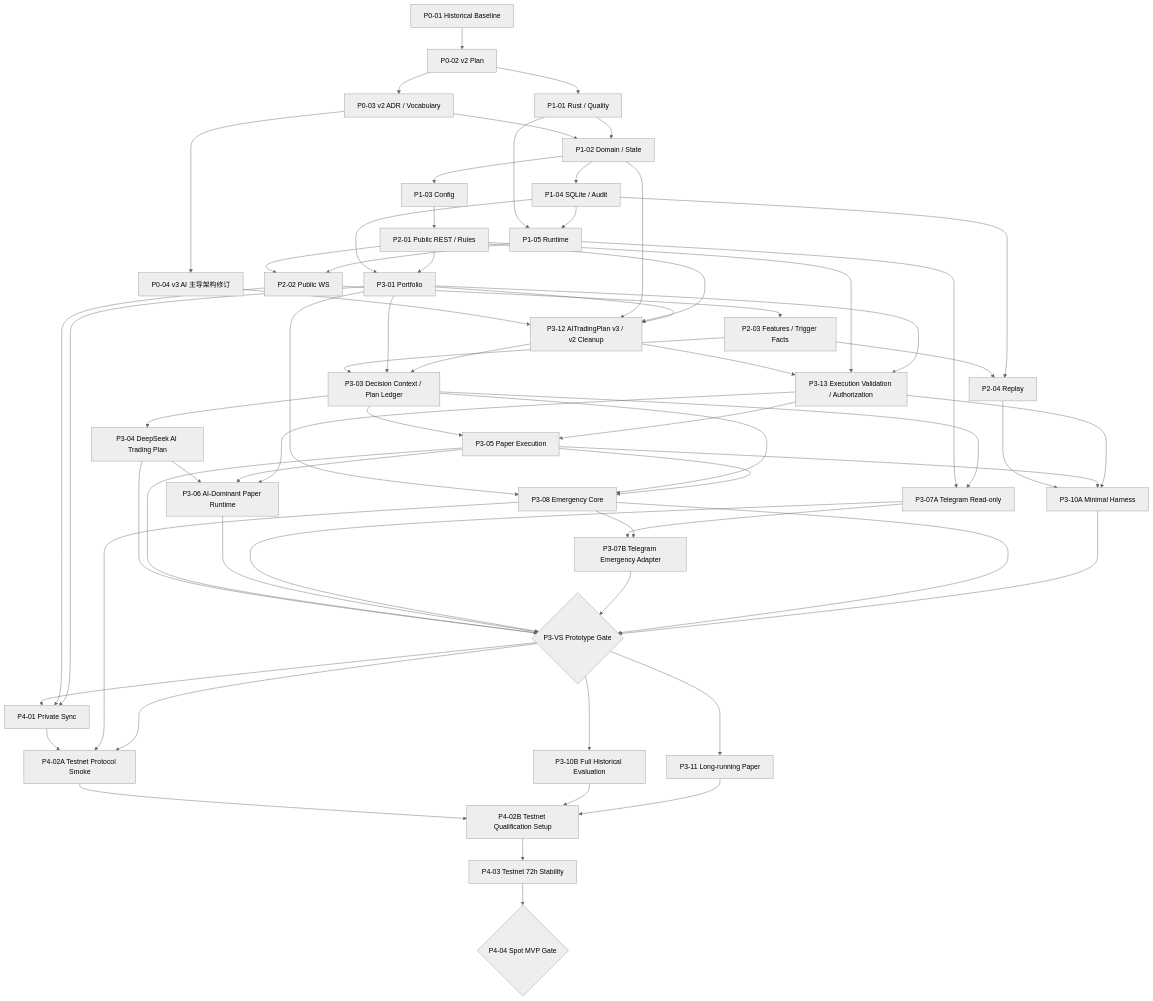
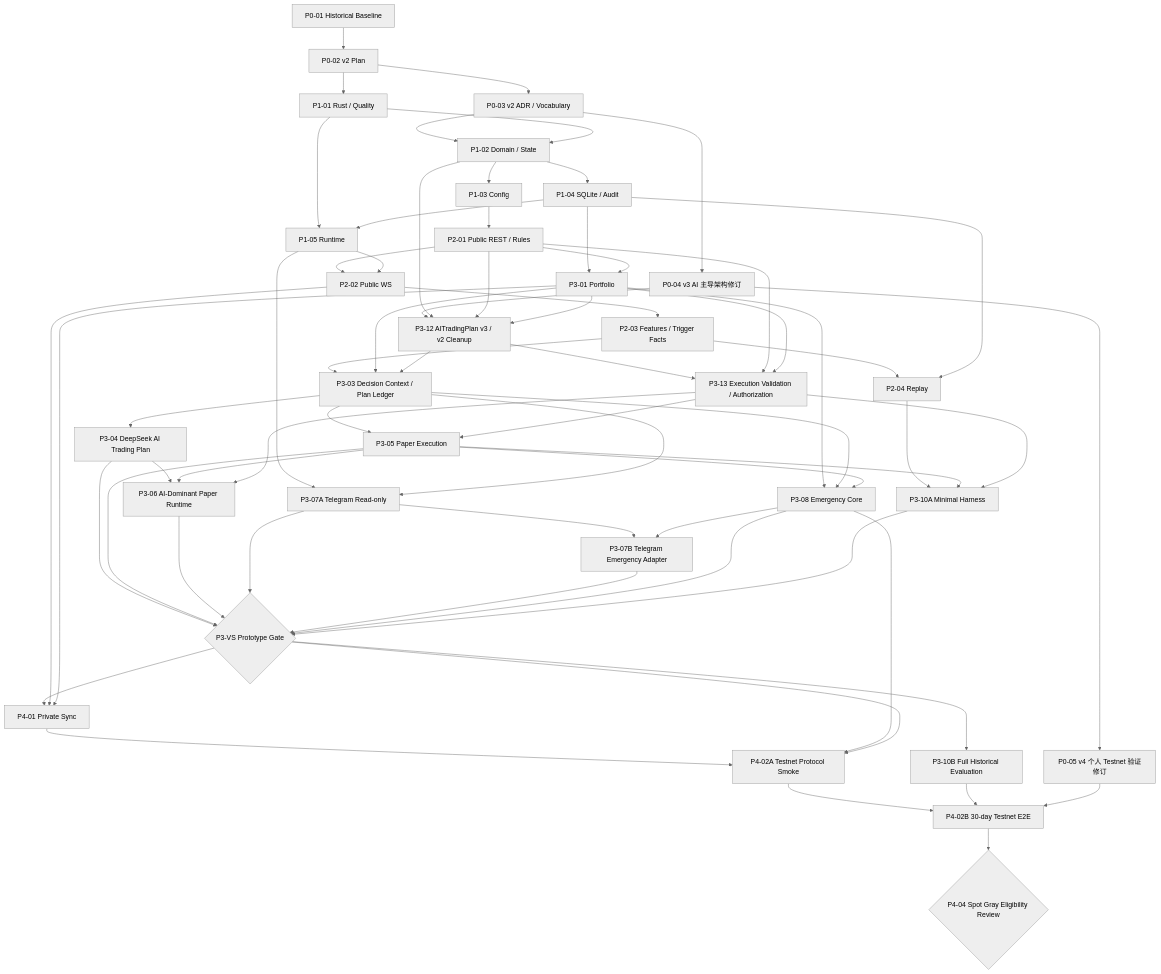
Before and after one commit to misakimei123/iron-pilot: the first of 2 diagrams in docs/DEVELOPMENT_PLAN.md, drawn with Mermaid (neutral theme). The commit also changed other lines of this file and 2 other files, not shown here.

Commit message:
docs(plan): consolidate 30-day testnet validation

````diff
--- a/docs/DEVELOPMENT_PLAN.md
+++ b/docs/DEVELOPMENT_PLAN.md
@@ -611,6 +654,7 @@
     P002["P0-02 v2 Plan"]
     P003["P0-03 v2 ADR / Vocabulary"]
     P004["P0-04 v3 AI 主导架构修订"]
+    P005["P0-05 v4 个人 Testnet 验证修订"]
     P101["P1-01 Rust / Quality"]
     P102["P1-02 Domain / State"]
     P103["P1-03 Config"]
@@ -633,16 +677,15 @@
     P307B["P3-07B Telegram Emergency Adapter"]
     P3VS{"P3-VS Prototype Gate"}
     P310B["P3-10B Full Historical Evaluation"]
-    P311["P3-11 Long-running Paper"]
     P401["P4-01 Private Sync"]
     P402A["P4-02A Testnet Protocol Smoke"]
-    P402B["P4-02B Testnet Qualification Setup"]
-    P403["P4-03 Testnet 72h Stability"]
-    P404{"P4-04 Spot MVP Gate"}
+    P402B["P4-02B 30-day Testnet E2E"]
+    P404{"P4-04 Spot Gray Eligibility Review"}
 
     P001 --> P002
     P002 --> P003
     P003 --> P004
+    P004 --> P005
     P002 --> P101
     P003 --> P102
     P101 --> P102
@@ -692,7 +735,6 @@
     P308 --> P3VS
     P310A --> P3VS
     P3VS --> P310B
-    P3VS --> P311
     P3VS --> P401
     P202 --> P401
     P301 --> P401
@@ -701,7 +743,6 @@
     P3VS --> P402A
     P402A --> P402B
     P310B --> P402B
-    P311 --> P402B
-    P402B --> P403
-    P403 --> P404
+    P005 --> P402B
+    P402B --> P404
 ```
````
